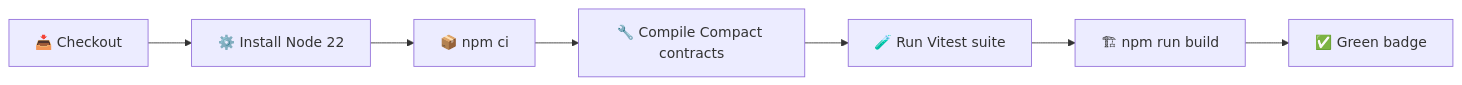
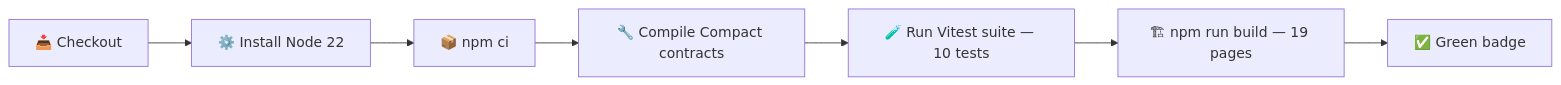
The third of 3 diagrams in README.md (thesayancodes/GhostID), drawn with Mermaid before and after one commit. The commit also changed other lines of this file and 20 other files, not shown here.

````diff
--- a/README.md
+++ b/README.md
@@ -369,9 +394,9 @@
 ```mermaid
 flowchart LR
     A[📥 Checkout] --> B[⚙️ Install Node 22]
     B --> C[📦 npm ci]
     C --> D[🔧 Compile Compact contracts]
-    D --> E[🧪 Run Vitest suite]
-    E --> F[🏗 npm run build]
+    D --> E[🧪 Run Vitest suite — 10 tests]
+    E --> F[🏗 npm run build — 19 pages]
     F --> G[✅ Green badge]
 ```
````
